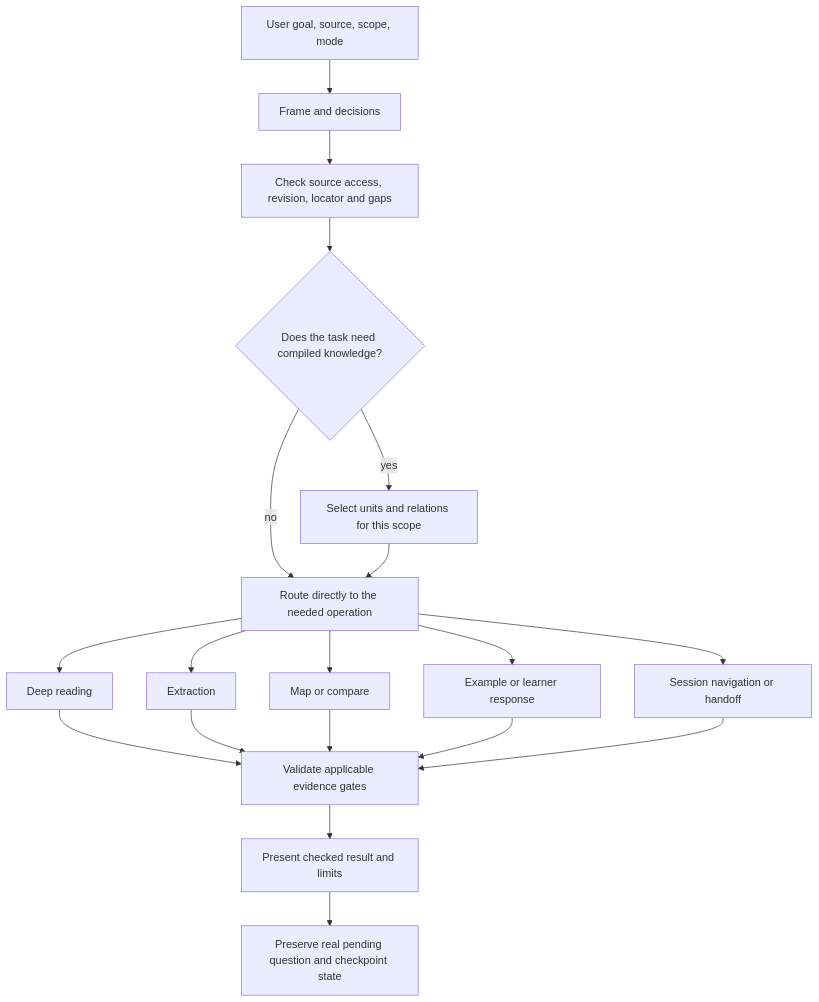
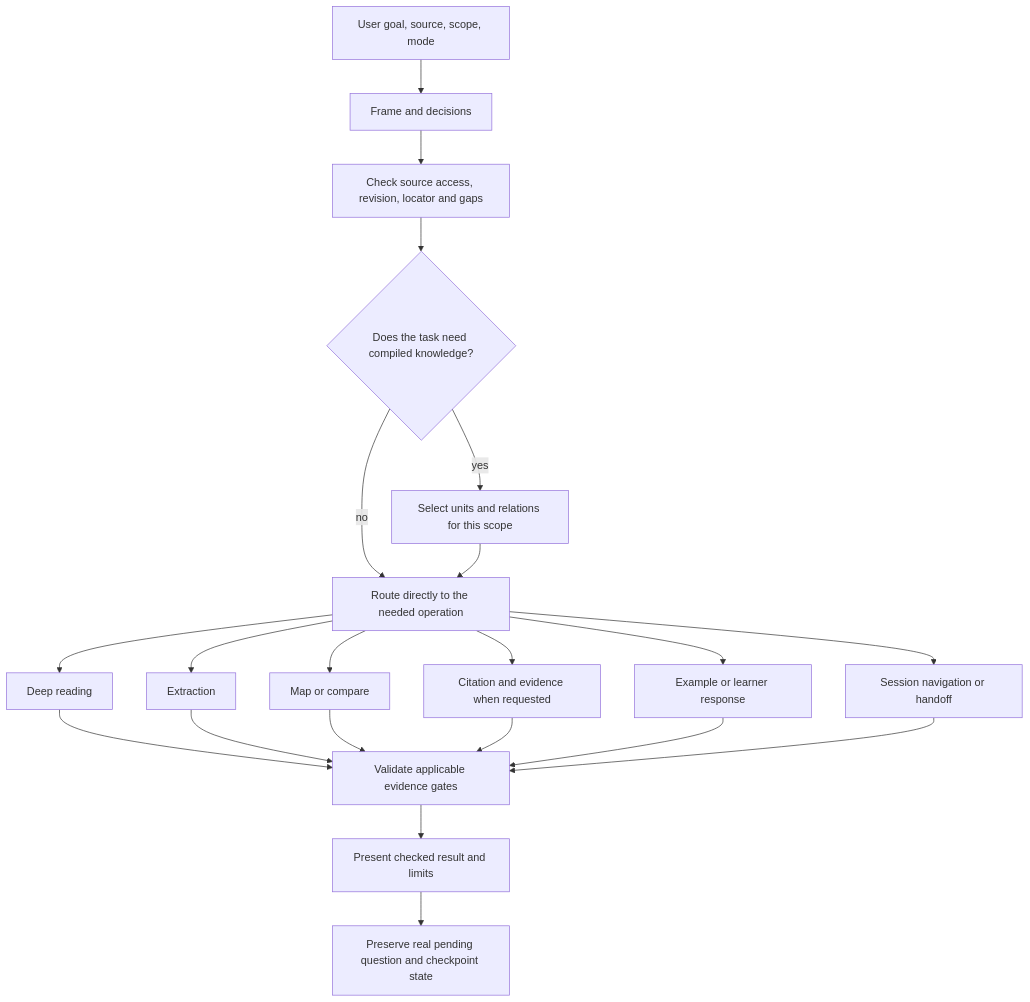
One commit to Nohfinl99/Reading_Companion changed the diagram in docs/architecture.en.md. Above: the diagram before and after it, drawn with Mermaid. The commit also changed other lines of this file and 15 other files, not shown here.

````diff
--- a/docs/architecture.en.md
+++ b/docs/architecture.en.md
@@ -13,21 +13,23 @@
 ```mermaid
 flowchart TD
   U[User goal, source, scope, mode] --> F[Frame and decisions]
   F --> S[Check source access, revision, locator and gaps]
   S --> K{Does the task need compiled knowledge?}
   K -- yes --> C[Select units and relations for this scope]
   K -- no --> R[Route directly to the needed operation]
   C --> R
   R --> D[Deep reading]
   R --> X[Extraction]
   R --> M[Map or compare]
+  R --> CE[Citation and evidence when requested]
   R --> E[Example or learner response]
   R --> T[Session navigation or handoff]
   D --> V[Validate applicable evidence gates]
   X --> V
   M --> V
+  CE --> V
   E --> V
   T --> V
   V --> O[Present checked result and limits]
   O --> Q[Preserve real pending question and checkpoint state]
 ```
````
